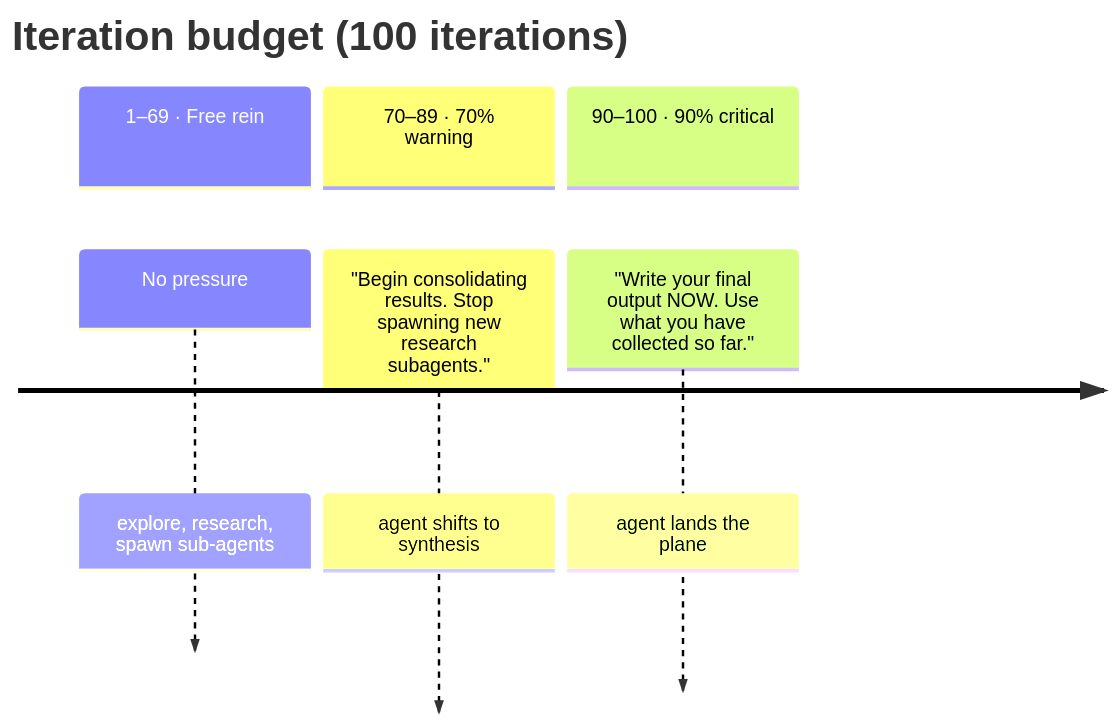
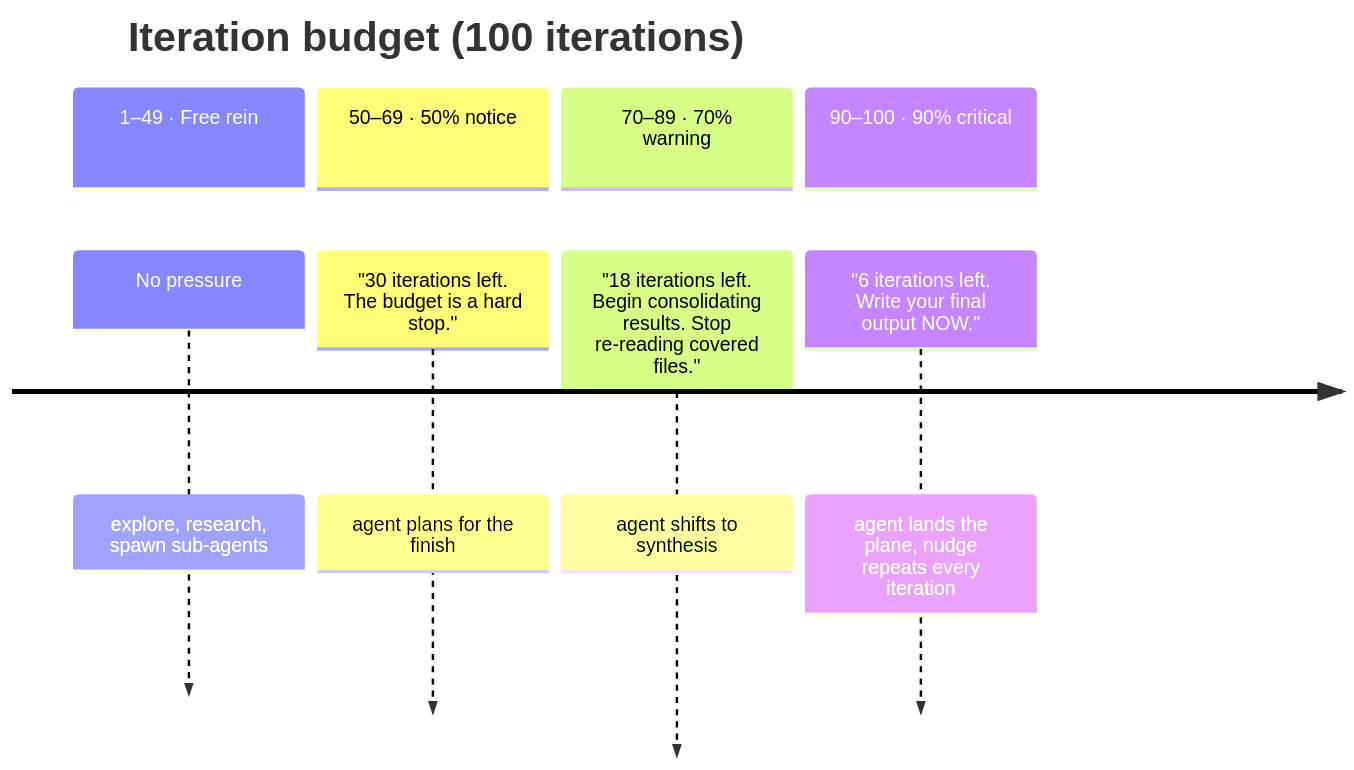
One commit to lvndry/jazz changed the third of 4 diagrams in docs/maintainers/run-lifecycle.md. Above: the diagram before and after it, drawn with Mermaid. The commit also changed other lines of this file and 6 other files, not shown here.

First line of the commit message:
fix(context): tell the model about its iteration budget and what it already covered (#822)

````diff
--- a/docs/maintainers/run-lifecycle.md
+++ b/docs/maintainers/run-lifecycle.md
@@ -104,10 +104,14 @@
 ```mermaid
 timeline
     title Iteration budget (100 iterations)
-    section 1–69 · Free rein
+    section 1–49 · Free rein
         No pressure : explore, research, spawn sub-agents
+    section 50–69 · 50% notice
+        "30 iterations left. The budget is a hard stop." : agent plans for the finish
     section 70–89 · 70% warning
-        "Begin consolidating results. Stop spawning new research subagents." : agent shifts to synthesis
+        "18 iterations left. Begin consolidating results. Stop re-reading covered files."
+        : agent shifts to synthesis
     section 90–100 · 90% critical
-        "Write your final output NOW. Use what you have collected so far." : agent lands the plane
+        "6 iterations left. Write your final output NOW."
+        : agent lands the plane, nudge repeats every iteration
 ```
````
